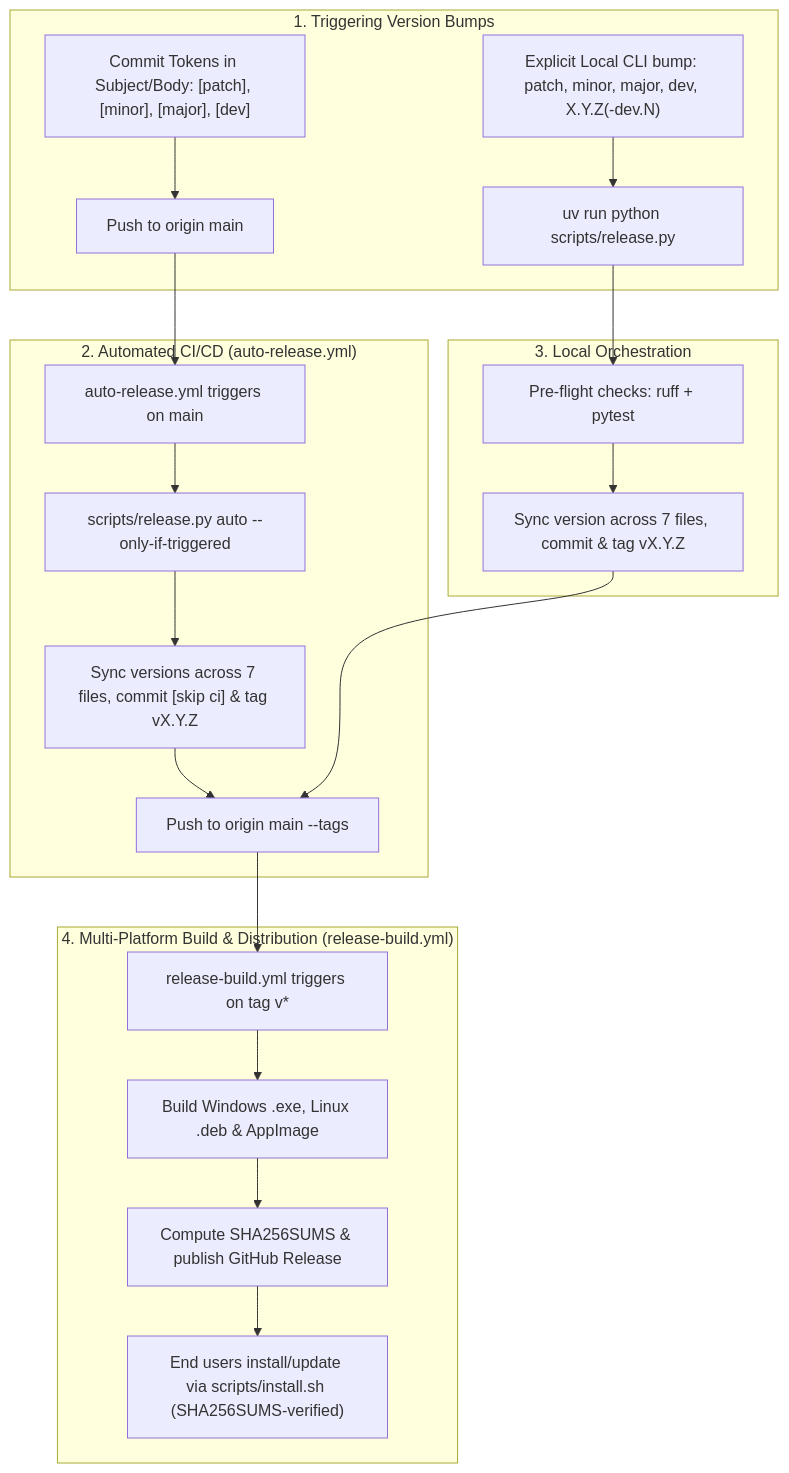
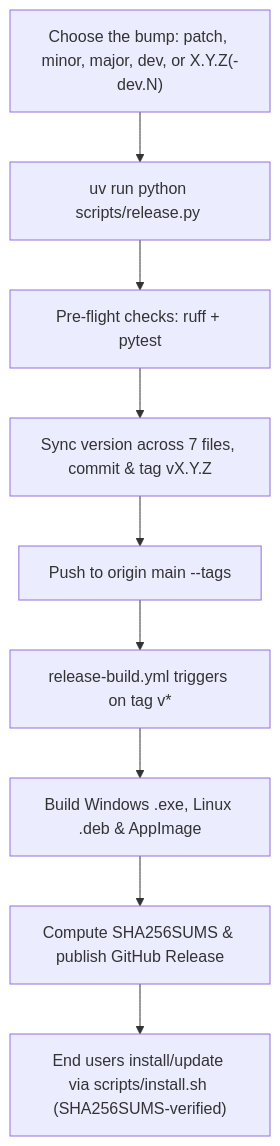
The first of 2 diagrams in docs/RELEASING.md (dishanagalawatta/SkillManager), drawn with Mermaid before and after one commit. The commit also changed other lines of this file and 16 other files, not shown here.

First line of the commit message:
chore: remove automated version bumping

````diff
--- a/docs/RELEASING.md
+++ b/docs/RELEASING.md
@@ -11,27 +13,11 @@
 ```mermaid
 flowchart TD
-    subgraph "1. Triggering Version Bumps"
-        A1["Commit Tokens in Subject/Body: [patch], [minor], [major], [dev]"] --> B["Push to origin main"]
-        A2["Explicit Local CLI bump: patch, minor, major, dev, X.Y.Z(-dev.N)"] --> C["uv run python scripts/release.py"]
-    end
-
-    subgraph "2. Automated CI/CD (auto-release.yml)"
-        B --> D["auto-release.yml triggers on main"]
-        D --> E["scripts/release.py auto --only-if-triggered"]
-        E --> F["Sync versions across 7 files, commit [skip ci] & tag vX.Y.Z"]
-        F --> G["Push to origin main --tags"]
-    end
-
-    subgraph "3. Local Orchestration"
-        C --> H["Pre-flight checks: ruff + pytest"]
-        H --> I["Sync version across 7 files, commit & tag vX.Y.Z"]
-        I --> G
-    end
-
-    subgraph "4. Multi-Platform Build & Distribution (release-build.yml)"
-        G --> J["release-build.yml triggers on tag v*"]
-        J --> K["Build Windows .exe, Linux .deb & AppImage"]
-        K --> L["Compute SHA256SUMS & publish GitHub Release"]
-        L --> M["End users install/update via scripts/install.sh (SHA256SUMS-verified)"]
-    end
+    A["Choose the bump: patch, minor, major, dev, or X.Y.Z(-dev.N)"] --> B["uv run python scripts/release.py <bump>"]
+    B --> C["Pre-flight checks: ruff + pytest"]
+    C --> D["Sync version across 7 files, commit & tag vX.Y.Z"]
+    D --> E["Push to origin main --tags"]
+    E --> F["release-build.yml triggers on tag v*"]
+    F --> G["Build Windows .exe, Linux .deb & AppImage"]
+    G --> H["Compute SHA256SUMS & publish GitHub Release"]
+    H --> I["End users install/update via scripts/install.sh (SHA256SUMS-verified)"]
 ```
````
